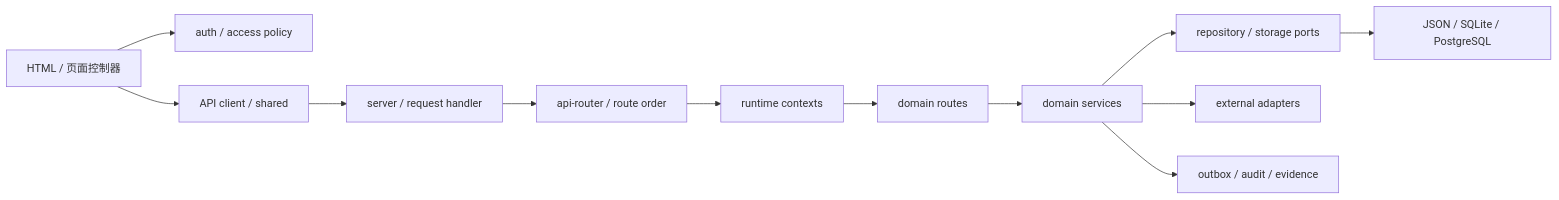
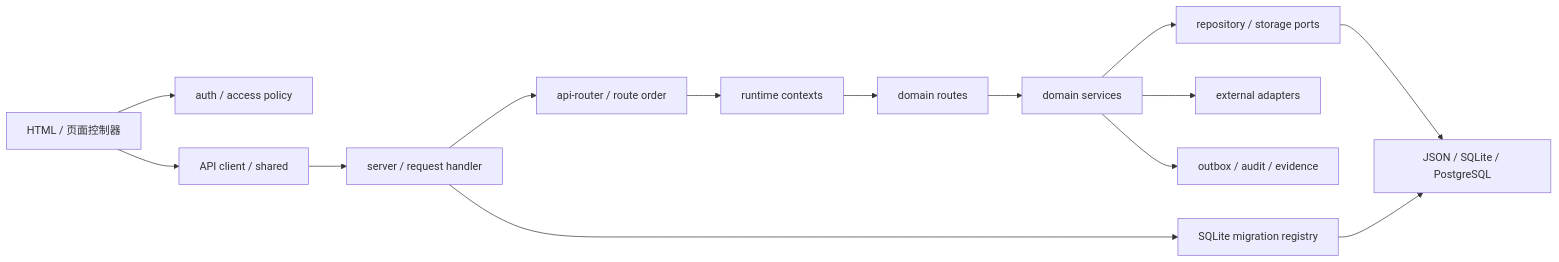
Before and after one commit to xujiann/chronic-care-platform: the diagram in DEPENDENCY_MAP.md, drawn with Mermaid. The commit also changed other lines of this file and 26 other files, not shown here.

Commit message:
feat(data): govern sqlite migration registry

````diff
--- a/DEPENDENCY_MAP.md
+++ b/DEPENDENCY_MAP.md
@@ -7,14 +7,16 @@
 ```mermaid
 flowchart LR
   UI["HTML / 页面控制器"] --> AUTH["auth / access policy"]
   UI --> CLIENT["API client / shared"]
   CLIENT --> HTTP["server / request handler"]
   HTTP --> ROUTER["api-router / route order"]
   ROUTER --> CTX["runtime contexts"]
   CTX --> ROUTES["domain routes"]
   ROUTES --> DOMAIN["domain services"]
   DOMAIN --> REPO["repository / storage ports"]
   REPO --> STORE["JSON / SQLite / PostgreSQL"]
+  HTTP --> MIG["SQLite migration registry"]
+  MIG --> STORE
   DOMAIN --> EXT["external adapters"]
   DOMAIN --> EVT["outbox / audit / evidence"]
 ```
````
